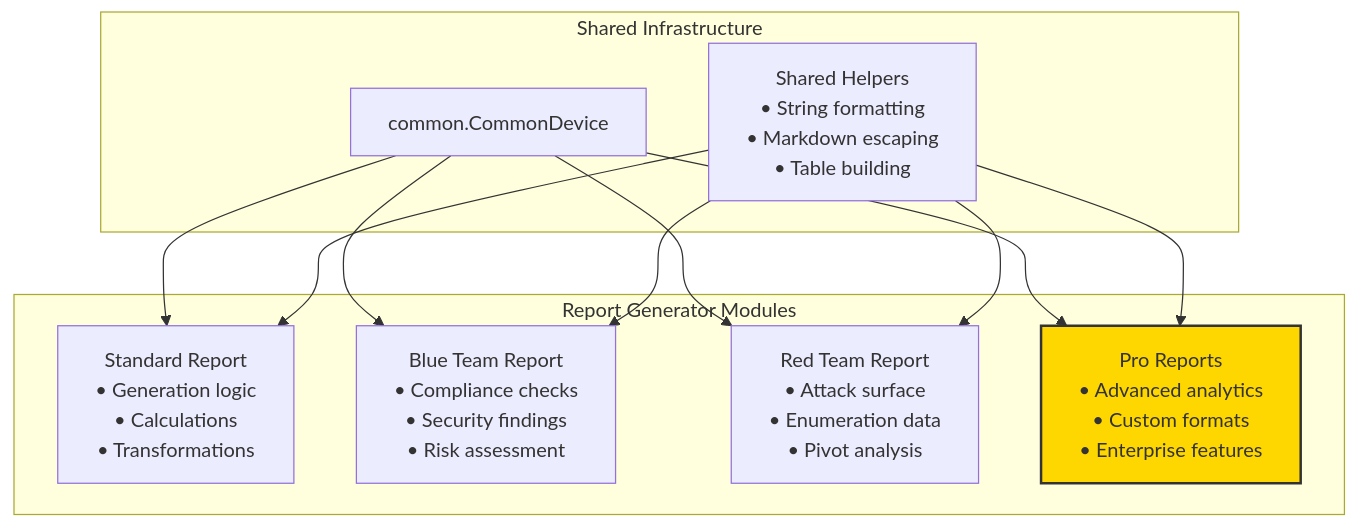
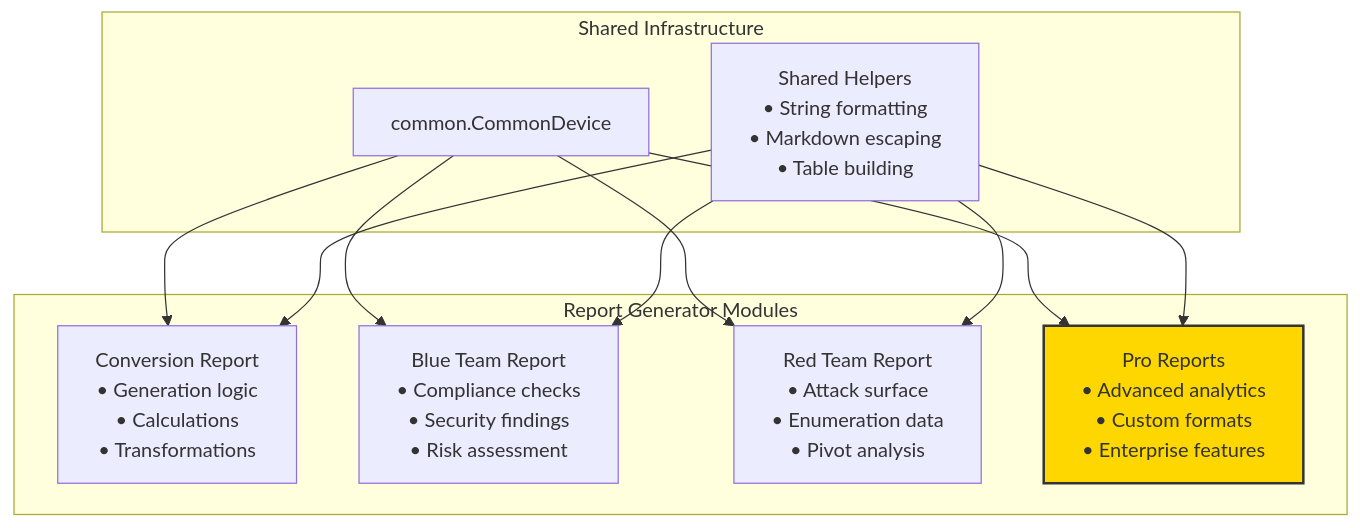
One commit to EvilBit-Labs/opnDossier changed the ninth of 11 diagrams in docs/development/architecture.md. Above: the diagram before and after it, drawn with Mermaid. The commit also changed other lines of this file and 5 other files, not shown here.

````diff
--- a/docs/development/architecture.md
+++ b/docs/development/architecture.md
@@ -997,26 +997,26 @@
 ```mermaid
 graph TB
     subgraph "Shared Infrastructure"
         Model[common.CommonDevice]
         Helpers[Shared Helpers<br/>• String formatting<br/>• Markdown escaping<br/>• Table building]
     end
 
     subgraph "Report Generator Modules"
-        Standard[Standard Report<br/>• Generation logic<br/>• Calculations<br/>• Transformations]
+        Conversion[Conversion Report<br/>• Generation logic<br/>• Calculations<br/>• Transformations]
         Blue[Blue Team Report<br/>• Compliance checks<br/>• Security findings<br/>• Risk assessment]
         Red[Red Team Report<br/>• Attack surface<br/>• Enumeration data<br/>• Pivot analysis]
         Pro[Pro Reports<br/>• Advanced analytics<br/>• Custom formats<br/>• Enterprise features]
     end
 
-    Model --> Standard
+    Model --> Conversion
     Model --> Blue
     Model --> Red
     Model --> Pro
 
-    Helpers --> Standard
+    Helpers --> Conversion
     Helpers --> Blue
     Helpers --> Red
     Helpers --> Pro
 
     style Pro fill:#ffd700,stroke:#333,stroke-width:2px
 ```
````
